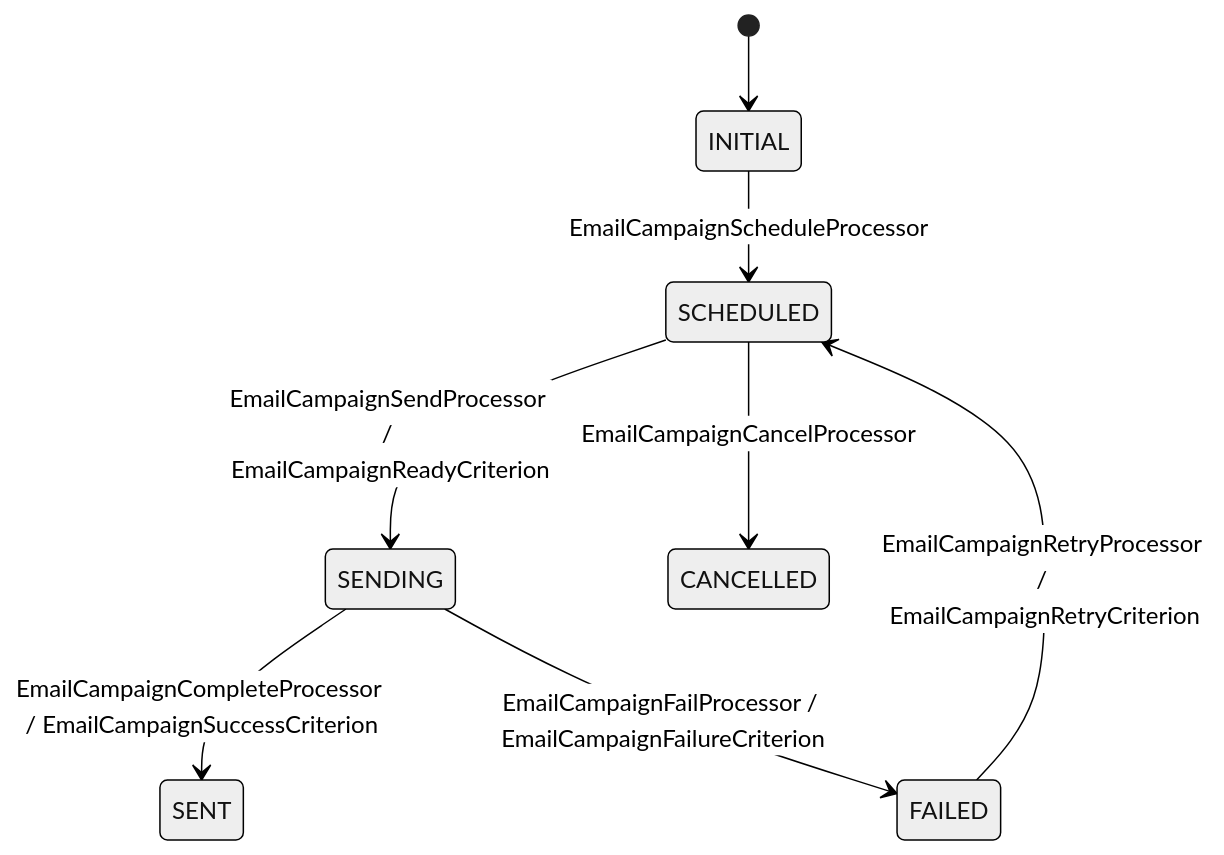
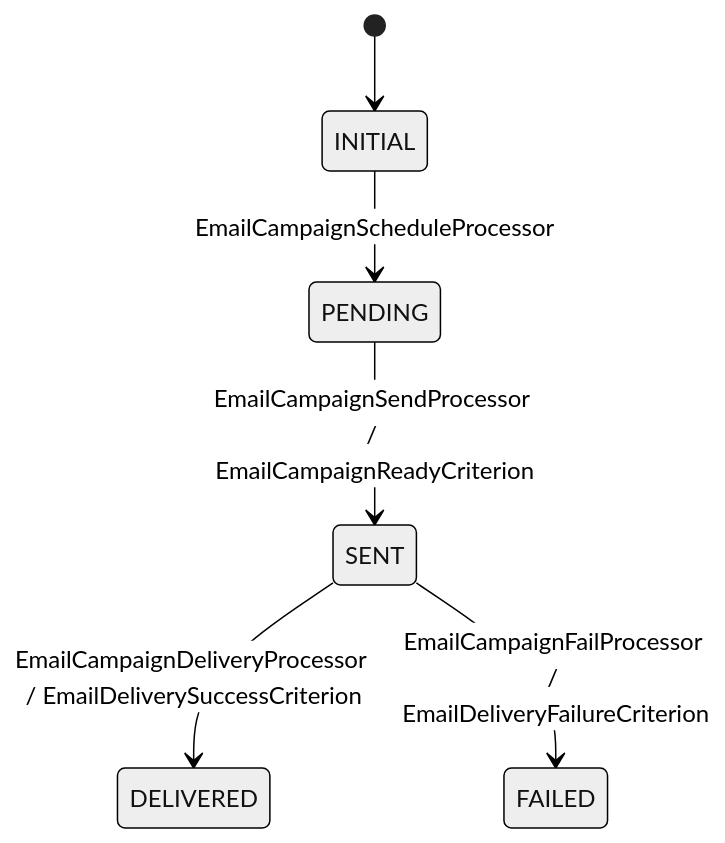
Before and after one commit to Cyoda-platform/java-client-template: the third of 3 diagrams in src/main/resources/functional_requirements/workflows.md, drawn with Mermaid (neutral theme). The commit also changed other lines of this file, not shown here.

````diff
--- a/src/main/resources/functional_requirements/workflows.md
+++ b/src/main/resources/functional_requirements/workflows.md
@@ -90,10 +87,8 @@
 ```mermaid
 stateDiagram-v2
     [*] --> INITIAL
-    INITIAL --> SCHEDULED : EmailCampaignScheduleProcessor
-    SCHEDULED --> SENDING : EmailCampaignSendProcessor / EmailCampaignReadyCriterion
-    SCHEDULED --> CANCELLED : EmailCampaignCancelProcessor
-    SENDING --> SENT : EmailCampaignCompleteProcessor / EmailCampaignSuccessCriterion
-    SENDING --> FAILED : EmailCampaignFailProcessor / EmailCampaignFailureCriterion
-    FAILED --> SCHEDULED : EmailCampaignRetryProcessor / EmailCampaignRetryCriterion
+    INITIAL --> PENDING : EmailCampaignScheduleProcessor
+    PENDING --> SENT : EmailCampaignSendProcessor / EmailCampaignReadyCriterion
+    SENT --> DELIVERED : EmailCampaignDeliveryProcessor / EmailDeliverySuccessCriterion
+    SENT --> FAILED : EmailCampaignFailProcessor / EmailDeliveryFailureCriterion
 ```
````
